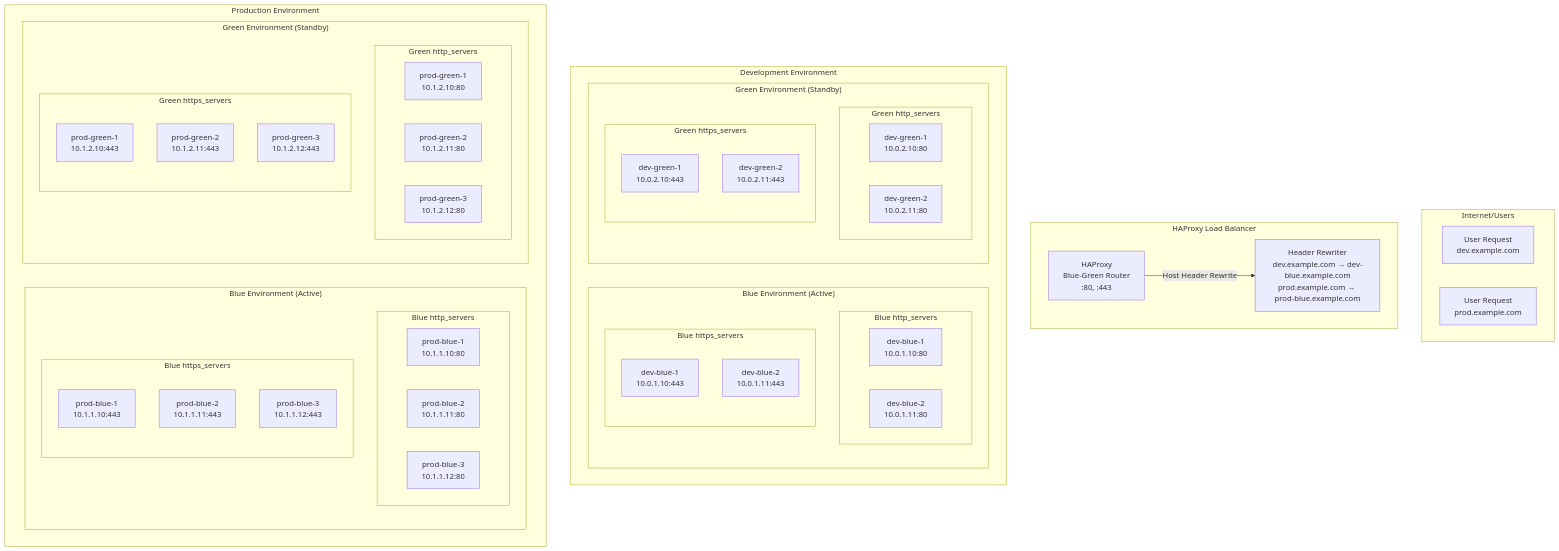
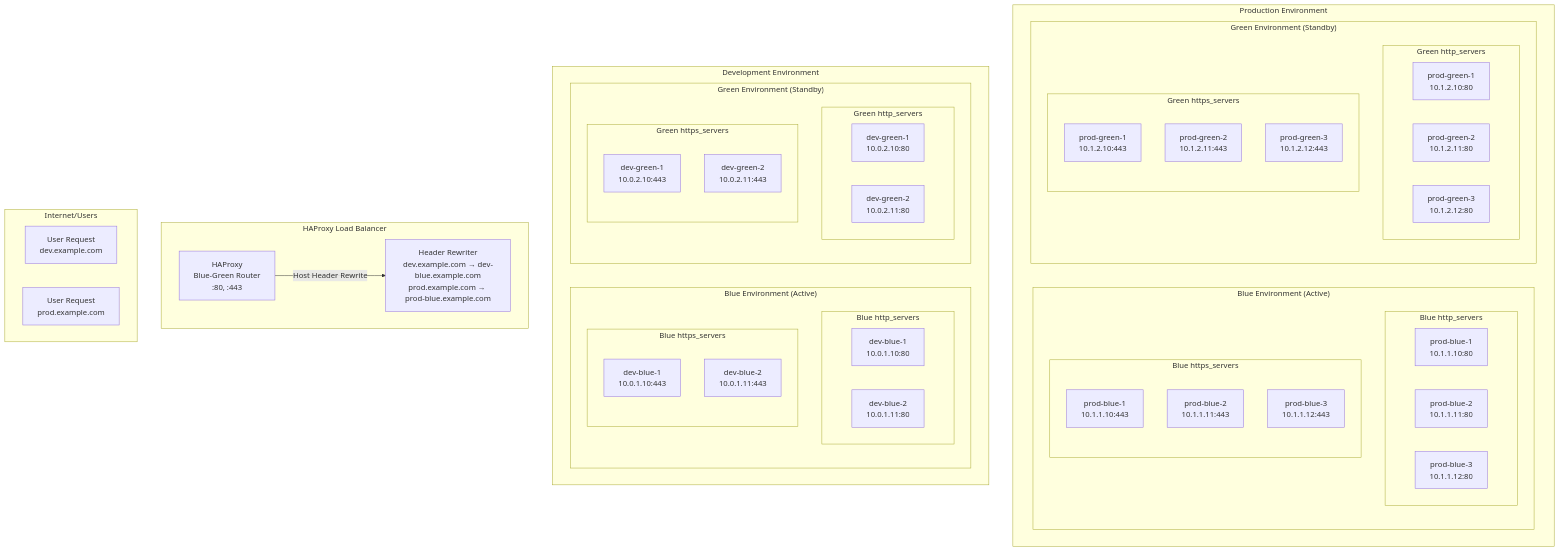
The diagram in HAPROXY-BLUE-GREEN-README.md (cadjai/ocp4-cluster-workload-migration), drawn with Mermaid before and after one commit.

Commit message:
edit diagram

````diff
--- a/HAPROXY-BLUE-GREEN-README.md
+++ b/HAPROXY-BLUE-GREEN-README.md
@@ -26,65 +26,65 @@
 ```mermaid
 graph TB
-    subgraph "Internet/Users"
-        U1[User Request<br/>dev.example.com]
-        U2[User Request<br/>prod.example.com]
-    end
-    
-    subgraph "HAProxy Load Balancer"
-        H[HAProxy<br/>Blue-Green Router<br/>:80, :443]
-        H --> |"Host Header Rewrite"| HR[Header Rewriter<br/>dev.example.com → dev-blue.example.com<br/>prod.example.com → prod-blue.example.com]
-    end
-    
-    subgraph "Development Environment"
-        subgraph "Blue Environment (Active)"
-            subgraph "Blue http_servers"
-                DB1[dev-blue-1<br/>10.0.1.10:80]
-                DB2[dev-blue-2<br/>10.0.1.11:80]
-            end
-            subgraph "Blue https_servers"
-                DB3[dev-blue-1<br/>10.0.1.10:443]
-                DB4[dev-blue-2<br/>10.0.1.11:443]
-            end
-        end
-        subgraph "Green Environment (Standby)"
-            subgraph "Green http_servers"
-                DG1[dev-green-1<br/>10.0.2.10:80]
-                DG2[dev-green-2<br/>10.0.2.11:80]
-            end
-            subgraph "Green https_servers"
-                DG3[dev-green-1<br/>10.0.2.10:443]
-                DG4[dev-green-2<br/>10.0.2.11:443]
-            end
-        end
-    end
-    
     subgraph "Production Environment"
         subgraph "Blue Environment (Active)"
             subgraph "Blue http_servers"
                 PB1[prod-blue-1<br/>10.1.1.10:80]
                 PB2[prod-blue-2<br/>10.1.1.11:80]
                 PB3[prod-blue-3<br/>10.1.1.12:80]
             end
             
             subgraph "Blue https_servers"
                 PB4[prod-blue-1<br/>10.1.1.10:443]
                 PB5[prod-blue-2<br/>10.1.1.11:443]
                 PB6[prod-blue-3<br/>10.1.1.12:443]
             end
         end
         
         subgraph "Green Environment (Standby)"
             subgraph "Green http_servers"
                 PG1[prod-green-1<br/>10.1.2.10:80]
                 PG2[prod-green-2<br/>10.1.2.11:80]
                 PG3[prod-green-3<br/>10.1.2.12:80]
             end
             
             subgraph "Green https_servers"
                 PG4[prod-green-1<br/>10.1.2.10:443]
                 PG5[prod-green-2<br/>10.1.2.11:443]
                 PG6[prod-green-3<br/>10.1.2.12:443]
             end
         end
     end
+
+    subgraph "Development Environment"
+        subgraph "Blue Environment (Active)"
+            subgraph "Blue http_servers"
+                DB1[dev-blue-1<br/>10.0.1.10:80]
+                DB2[dev-blue-2<br/>10.0.1.11:80]
+            end
+            subgraph "Blue https_servers"
+                DB3[dev-blue-1<br/>10.0.1.10:443]
+                DB4[dev-blue-2<br/>10.0.1.11:443]
+            end
+        end
+        subgraph "Green Environment (Standby)"
+            subgraph "Green http_servers"
+                DG1[dev-green-1<br/>10.0.2.10:80]
+                DG2[dev-green-2<br/>10.0.2.11:80]
+            end
+            subgraph "Green https_servers"
+                DG3[dev-green-1<br/>10.0.2.10:443]
+                DG4[dev-green-2<br/>10.0.2.11:443]
+            end
+        end
+    end
+    
+    subgraph "HAProxy Load Balancer"
+        H[HAProxy<br/>Blue-Green Router<br/>:80, :443]
+        H --> |"Host Header Rewrite"| HR[Header Rewriter<br/>dev.example.com → dev-blue.example.com<br/>prod.example.com → prod-blue.example.com]
+    end
+    
+    subgraph "Internet/Users"
+        U1[User Request<br/>dev.example.com]
+        U2[User Request<br/>prod.example.com]
+    end
 ```
````
